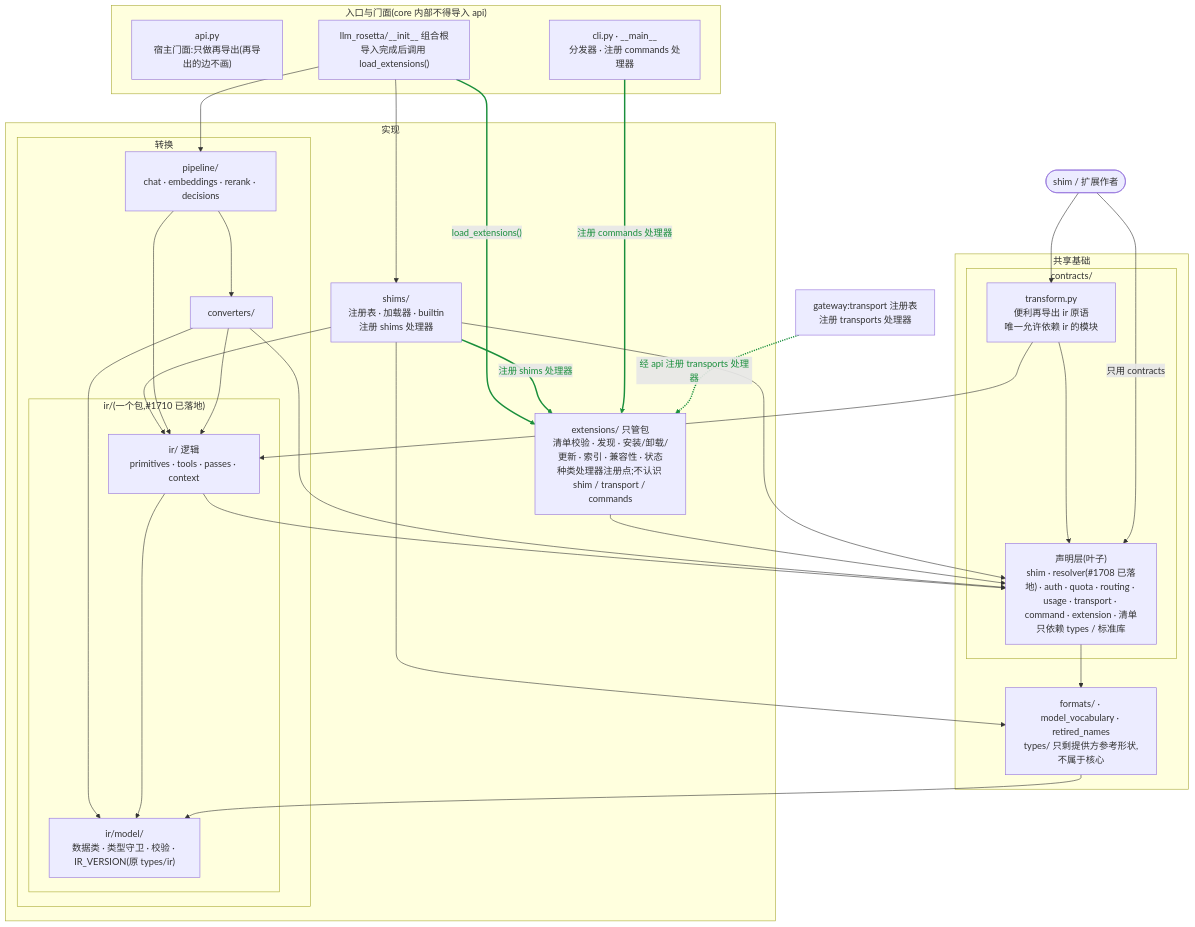
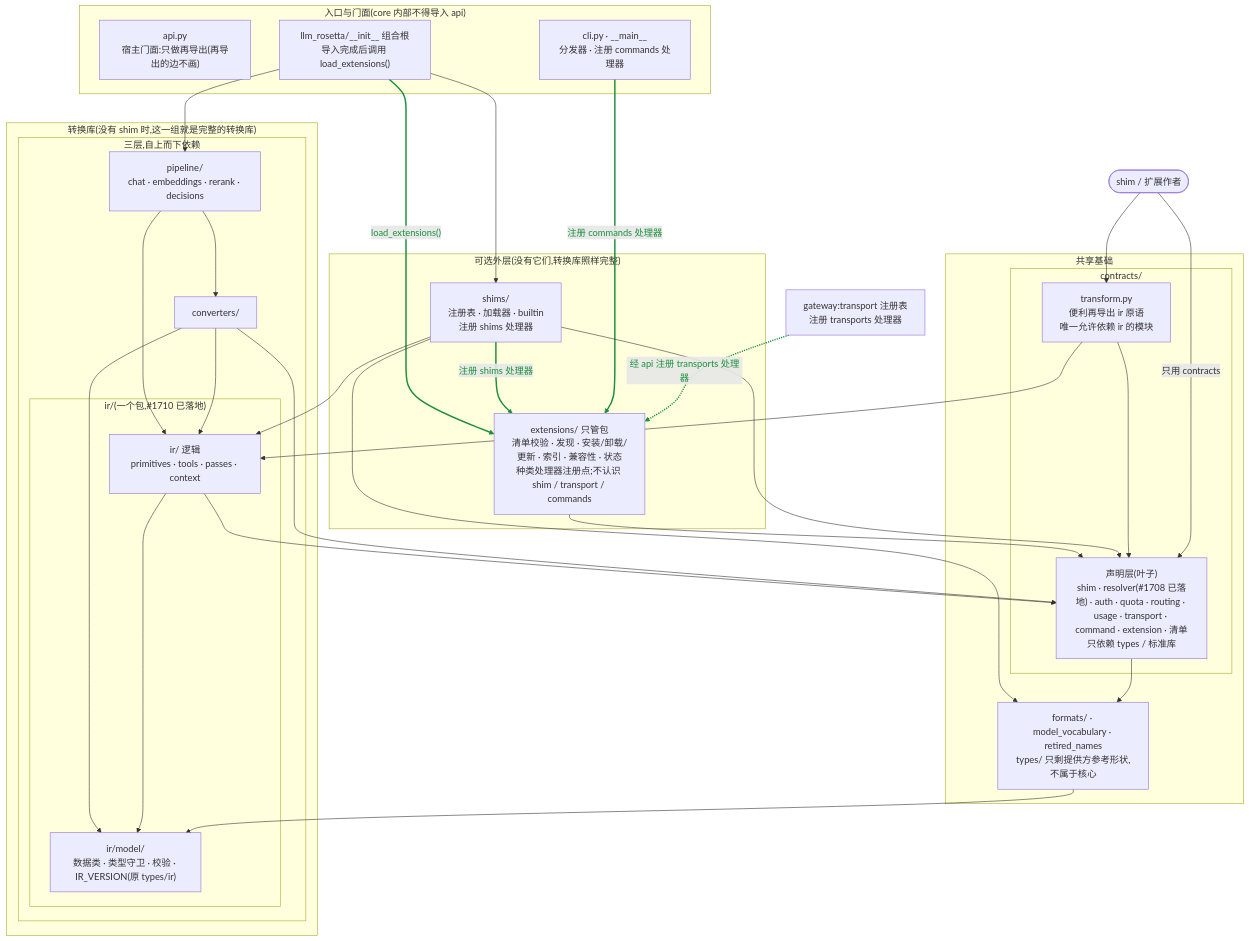
Before and after one commit to Oaklight/llm-rosetta: the diagram in core_target.mmd, drawn with Mermaid. The commit also changed 5 other files, not shown here.

First line of the commit message:
docs: regroup the core diagrams as conversion tiers, optional layer and foundation

```diff
--- a/core_target.mmd
+++ b/core_target.mmd
@@ -1,57 +1,59 @@
 flowchart TB
   AUTHOR(["shim / 扩展作者"])
   GW["gateway:transport 注册表<br/>注册 transports 处理器"]
   subgraph FACADE["入口与门面(core 内部不得导入 api)"]
     API["api.py<br/>宿主门面:只做再导出(再导出的边不画)"]
     INIT["llm_rosetta/__init__ 组合根<br/>导入完成后调用 load_extensions()"]
     CLI["cli.py · __main__<br/>分发器 · 注册 commands 处理器"]
   end
-  subgraph IMPL["实现"]
-    subgraph CONV["转换"]
+  subgraph CORE["转换库(没有 shim 时,这一组就是完整的转换库)"]
+    subgraph TIERS["三层,自上而下依赖"]
       PIPE["pipeline/<br/>chat · embeddings · rerank · decisions"]
       CVT["converters/"]
       subgraph IRCORE["ir/(一个包,#1710 已落地)"]
+        IROPS["ir/ 逻辑<br/>primitives · tools · passes · context"]
         IRMODEL["ir/model/<br/>数据类 · 类型守卫 · 校验 · IR_VERSION(原 types/ir)"]
-        IROPS["ir/ 逻辑<br/>primitives · tools · passes · context"]
       end
     end
+  end
+  subgraph OPT["可选外层(没有它们,转换库照样完整)"]
     EXTS["extensions/ 只管包<br/>清单校验 · 发现 · 安装/卸载/更新 · 索引 · 兼容性 · 状态<br/>种类处理器注册点;不认识 shim / transport / commands"]
     SHIM["shims/<br/>注册表 · 加载器 · builtin<br/>注册 shims 处理器"]
   end
   subgraph FOUND["共享基础"]
     subgraph CONS["contracts/"]
       CDECL["声明层(叶子)<br/>shim · resolver(#1708 已落地) · auth · quota · routing · usage · transport · command · extension · 清单<br/>只依赖 types / 标准库"]
       CXF["transform.py<br/>便利再导出 ir 原语<br/>唯一允许依赖 ir 的模块"]
     end
     FMT["formats/ · model_vocabulary · retired_names<br/>types/ 只剩提供方参考形状,不属于核心"]
   end
 
 
   INIT --> PIPE
   INIT --> SHIM
   INIT -->|"load_extensions()"| EXTS
   SHIM -->|"注册 shims 处理器"| EXTS
   CLI -->|"注册 commands 处理器"| EXTS
   GW -.->|"经 api 注册 transports 处理器"| EXTS
   EXTS --> CDECL
   SHIM --> CDECL
   SHIM --> IROPS
   SHIM --> FMT
   PIPE --> CVT
   PIPE --> IROPS
   CVT --> IROPS
   CVT --> IRMODEL
   CVT --> CDECL
   IROPS --> CDECL
   IROPS --> IRMODEL
   FMT --> IRMODEL
   CXF --> IROPS
   CXF --> CDECL
   CDECL --> FMT
   AUTHOR -->|"只用 contracts"| CDECL
   AUTHOR --> CXF
 
   linkStyle 2 stroke:#1a8f3c,stroke-width:2.5px,color:#1a8f3c
   linkStyle 3 stroke:#1a8f3c,stroke-width:2.5px,color:#1a8f3c
   linkStyle 4 stroke:#1a8f3c,stroke-width:2.5px,color:#1a8f3c
   linkStyle 5 stroke:#1a8f3c,stroke-width:2.5px,color:#1a8f3c
```
